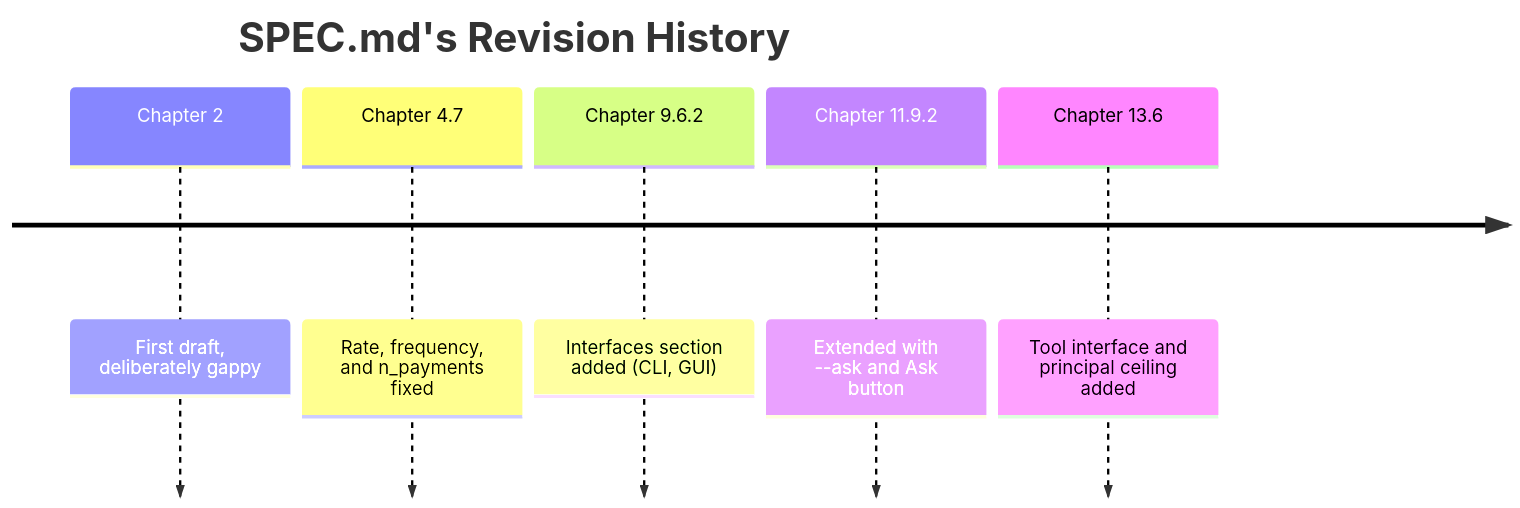
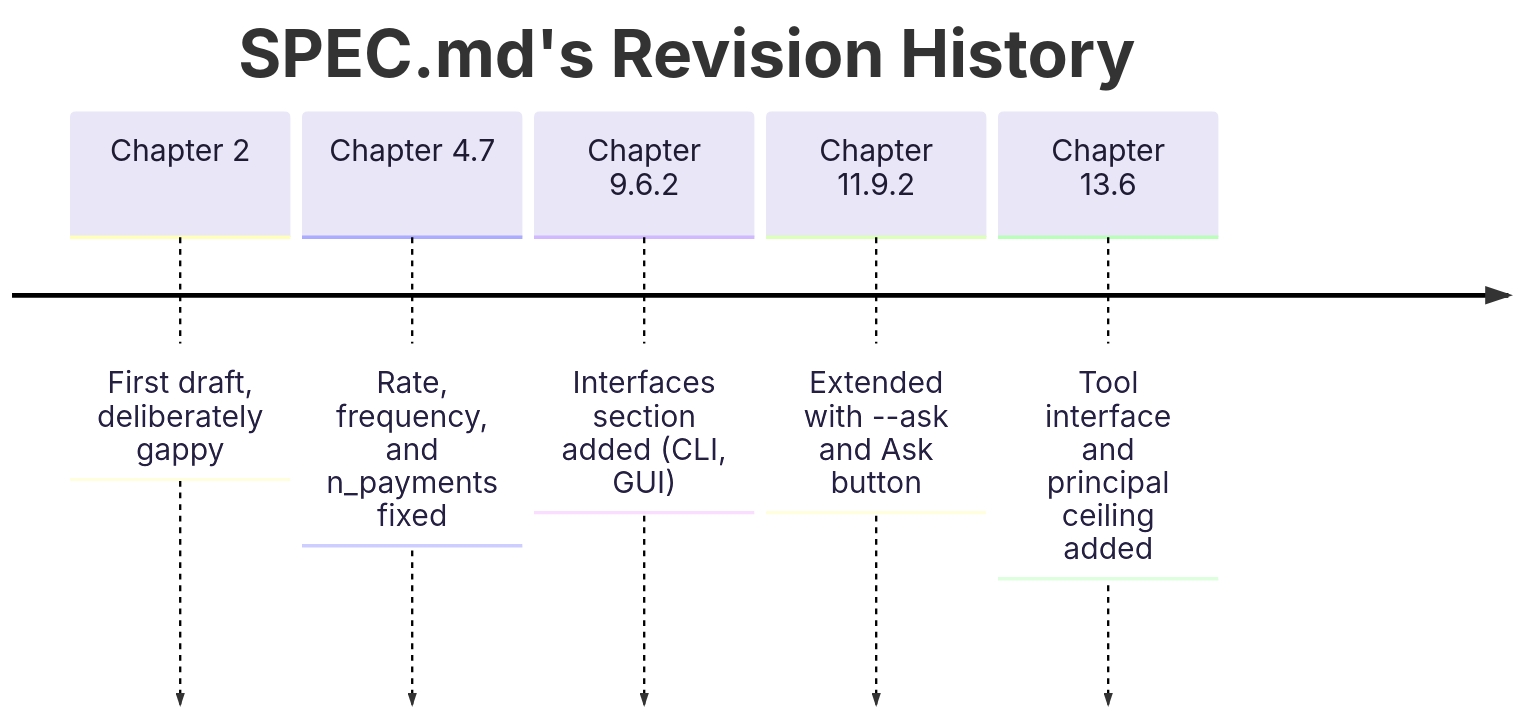
The fourth of 4 diagrams in manuscript/14-hardening.md (rioffe/intro_to_ai_software_engineering), drawn with Mermaid before and after one commit. The commit also changed other lines of this file and 17 other files, not shown here.

First line of the commit message:
Diagram readability pass, and keep diagrams with their intro sentence

````diff
--- a/manuscript/14-hardening.md
+++ b/manuscript/14-hardening.md
@@ -365,9 +365,24 @@
 ```mermaid
+---
+config:
+  themeVariables:
+    fontSize: 26px
+    cScale0: '#e8e6f7'
+    cScaleLabel0: '#1e1b33'
+    cScale1: '#e8e6f7'
+    cScaleLabel1: '#1e1b33'
+    cScale2: '#e8e6f7'
+    cScaleLabel2: '#1e1b33'
+    cScale3: '#e8e6f7'
+    cScaleLabel3: '#1e1b33'
+    cScale4: '#e8e6f7'
+    cScaleLabel4: '#1e1b33'
+---
 timeline
     title SPEC.md's Revision History
     Chapter 2 : First draft, deliberately gappy
     Chapter 4.7 : Rate, frequency, and n_payments fixed
     Chapter 9.6.2 : Interfaces section added (CLI, GUI)
     Chapter 11.9.2 : Extended with --ask and Ask button
     Chapter 13.6 : Tool interface and principal ceiling added
 ```
````
